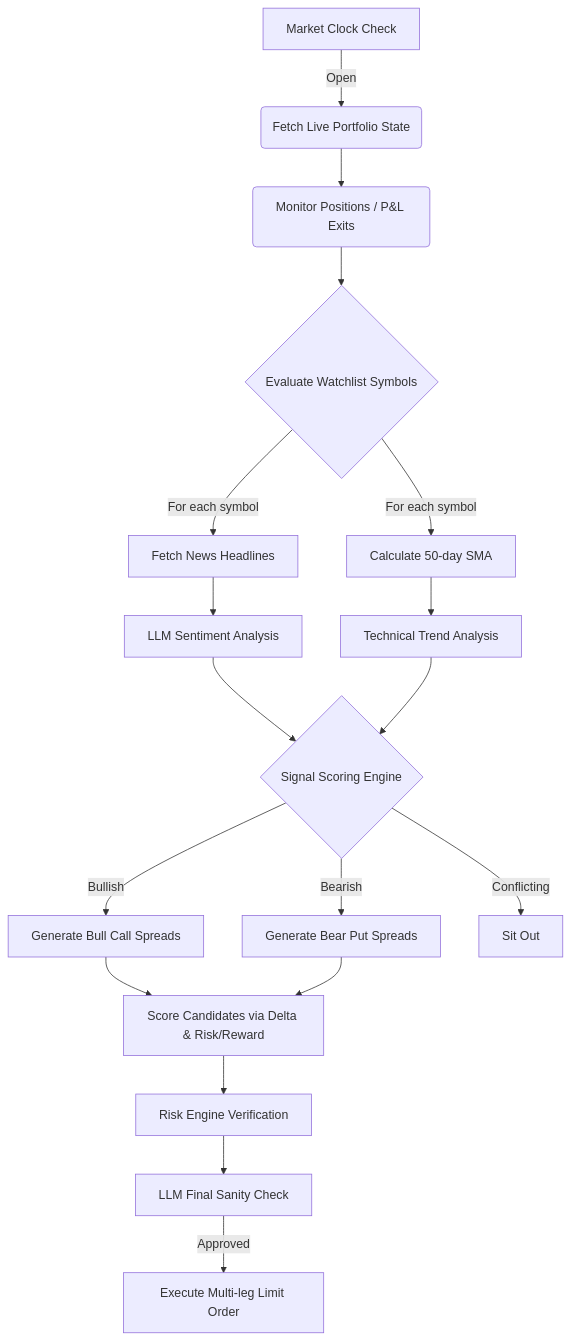
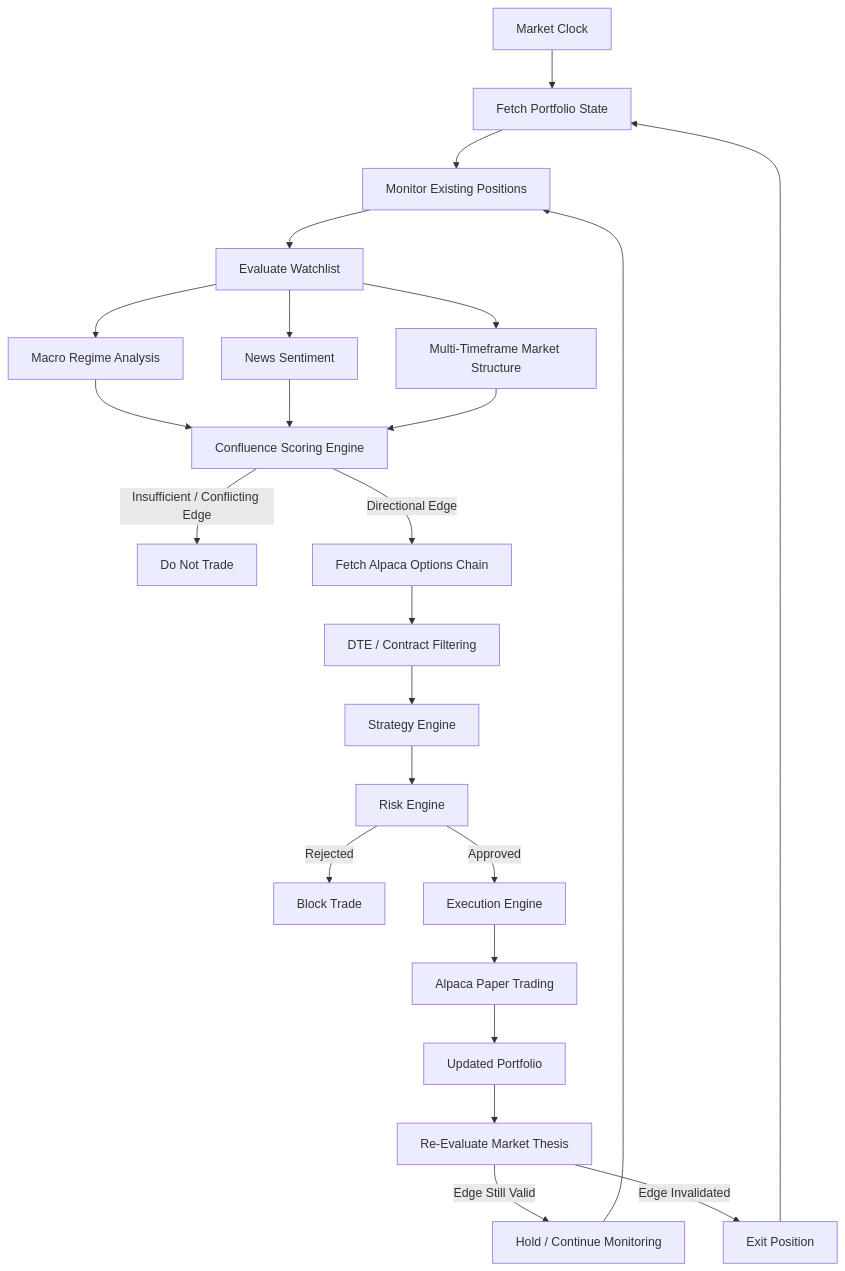
The diagram in README.md (Ayotommy012/options-agent-hackathon), drawn with Mermaid before and after one commit. The commit also changed other lines of this file, not shown here.

Commit message:
docs: update README with final AlphaQuant architecture and hackathon documentation

````diff
--- a/README.md
+++ b/README.md
@@ -61,27 +368,44 @@
 ```mermaid
-graph TD
-    A[Market Clock Check] -->|Open| B(Fetch Live Portfolio State)
-    B --> C(Monitor Positions / P&L Exits)
-    C --> D{Evaluate Watchlist Symbols}
-    
-    D -->|For each symbol| E[Fetch News Headlines]
-    D -->|For each symbol| F[Calculate 50-day SMA]
-    
-    E --> G[LLM Sentiment Analysis]
-    F --> H[Technical Trend Analysis]
-    
-    G --> I{Signal Scoring Engine}
-    H --> I
-    
-    I -->|Bullish| J[Generate Bull Call Spreads]
-    I -->|Bearish| K[Generate Bear Put Spreads]
-    I -->|Conflicting| Z[Sit Out]
-    
-    J --> L[Score Candidates via Delta & Risk/Reward]
-    K --> L
-    
-    L --> M[Risk Engine Verification]
-    M --> N[LLM Final Sanity Check]
-    
-    N -->|Approved| O[Execute Multi-leg Limit Order]
+flowchart TD
+
+    CLOCK[Market Clock] --> PORTFOLIO[Fetch Portfolio State]
+
+    PORTFOLIO --> MONITOR[Monitor Existing Positions]
+
+    MONITOR --> WATCHLIST[Evaluate Watchlist]
+
+    WATCHLIST --> MACRO[Macro Regime Analysis]
+    WATCHLIST --> NEWS[News Sentiment]
+    WATCHLIST --> TECH[Multi-Timeframe Market Structure]
+
+    MACRO --> SCORE[Confluence Scoring Engine]
+    NEWS --> SCORE
+    TECH --> SCORE
+
+    SCORE -->|Insufficient / Conflicting Edge| WAIT[Do Not Trade]
+
+    SCORE -->|Directional Edge| CHAIN[Fetch Alpaca Options Chain]
+
+    CHAIN --> DTE[DTE / Contract Filtering]
+
+    DTE --> STRATEGY[Strategy Engine]
+
+    STRATEGY --> RISK[Risk Engine]
+
+    RISK -->|Rejected| BLOCK[Block Trade]
+
+    RISK -->|Approved| EXECUTION[Execution Engine]
+
+    EXECUTION --> ALPACA[Alpaca Paper Trading]
+
+    ALPACA --> PORTFOLIO2[Updated Portfolio]
+
+    PORTFOLIO2 --> RECHECK[Re-Evaluate Market Thesis]
+
+    RECHECK -->|Edge Still Valid| HOLD[Hold / Continue Monitoring]
+
+    RECHECK -->|Edge Invalidated| EXIT[Exit Position]
+
+    HOLD --> MONITOR
+    EXIT --> PORTFOLIO
 ```
````
